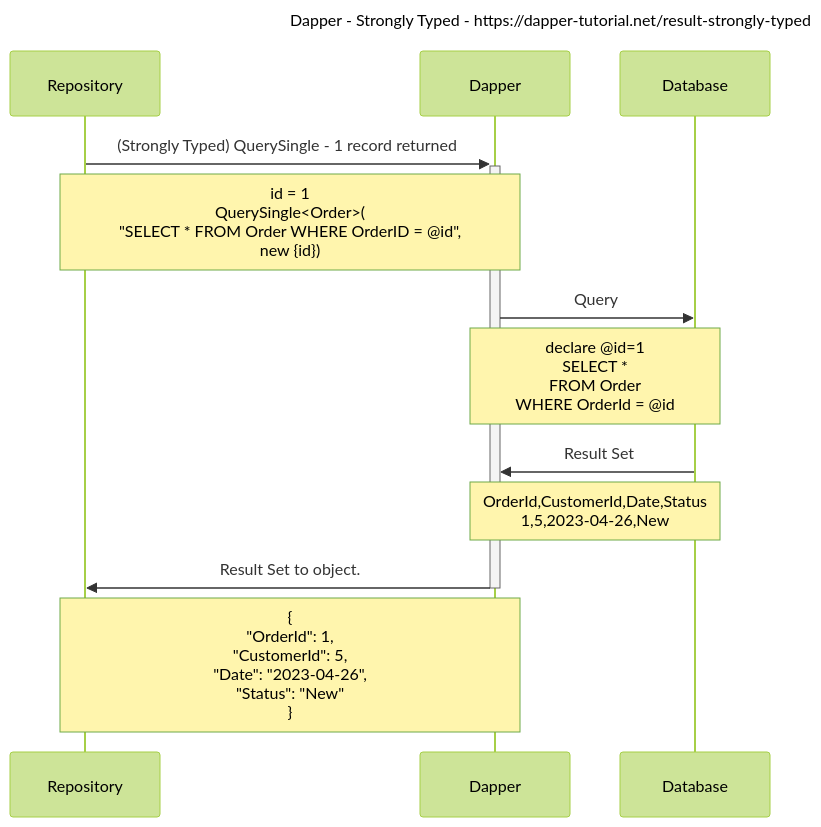
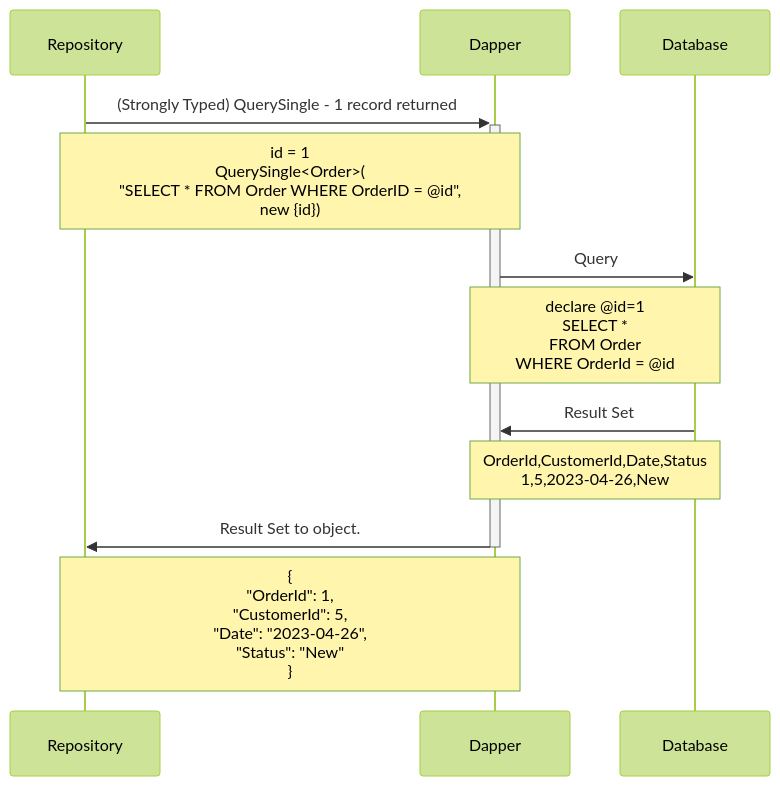
The fourth of 7 diagrams in dapper.md (pauljeanquart/mermaid), drawn with Mermaid (forest theme) before and after one commit. The commit also changed other lines of this file, not shown here.

````diff
--- a/dapper.md
+++ b/dapper.md
@@ -77,16 +79,11 @@
 ```mermaid
----
-title: Dapper - Strongly Typed - https://dapper-tutorial.net/result-strongly-typed
----
 sequenceDiagram
-
     Repository->>+Dapper: (Strongly Typed) QuerySingle - 1 record returned
         Note over Repository,Dapper: id = 1<br>QuerySingle<Order>(<br>"SELECT * FROM Order WHERE OrderID = @id",<br>new {id})
         Dapper->>Database: Query
           Note over Dapper,Database: declare @id=1<br>SELECT *<br>FROM Order<br>WHERE OrderId = @id
         Database->>Dapper: Result Set
           Note over Dapper,Database: OrderId,CustomerId,Date,Status<br>1,5,2023-04-26,New
     Dapper->>-Repository: Result Set to object.
       Note over Dapper,Repository: {<br>"OrderId": 1,<br>"CustomerId": 5,<br>"Date": "2023-04-26",<br>"Status": "New"<br>}
-
 ```
````
